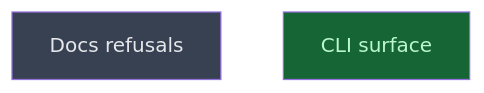
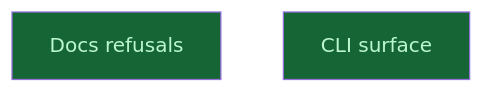
The diagram in __roadmap__/m3-lean-cli/verbs/surfaces/closeout/README.md (CrackingShells/Candler), drawn with Mermaid before and after one commit. The commit also changed other lines of this file, not shown here.

Commit message:
rdm(contributing): mark docs_refusals done

````diff
--- a/__roadmap__/m3-lean-cli/verbs/surfaces/closeout/README.md
+++ b/__roadmap__/m3-lean-cli/verbs/surfaces/closeout/README.md
@@ -25,10 +25,10 @@
 ```mermaid
 graph TD
-    docs_refusals[Docs refusals]:::planned
+    docs_refusals[Docs refusals]:::done
     cli_surface[CLI surface]:::done
     classDef done       fill:#166534,color:#bbf7d0
     classDef inprogress fill:#854d0e,color:#fef08a
     classDef planned    fill:#374151,color:#e5e7eb
     classDef amendment  fill:#1e3a5f,color:#bfdbfe
     classDef blocked    fill:#7f1d1d,color:#fecaca
 ```
````
